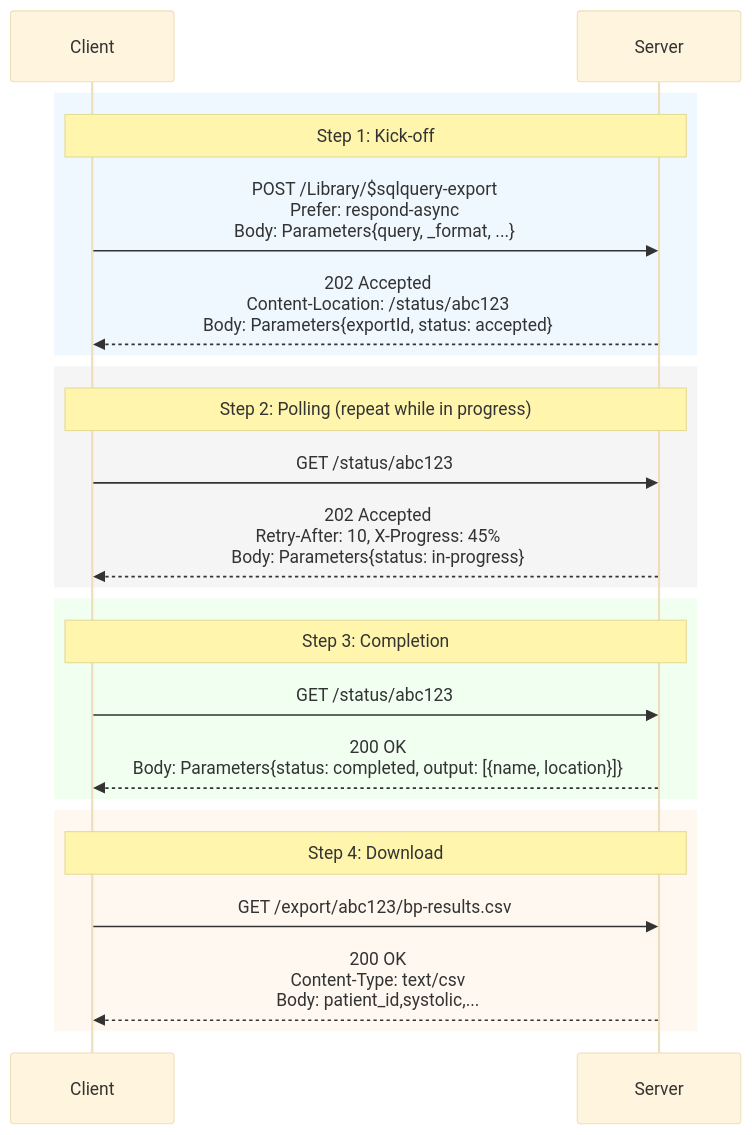
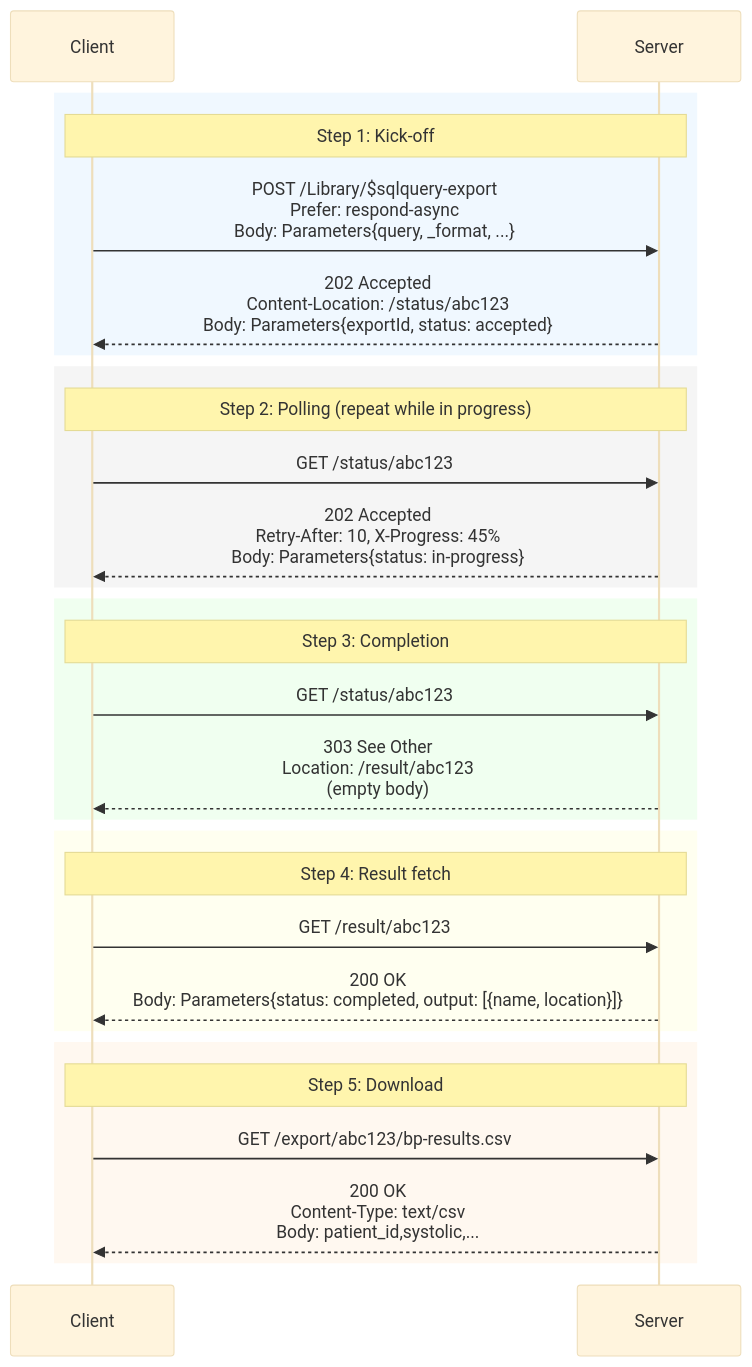
Before and after one commit to HL7/sql-on-fhir: the first of 3 diagrams in input/pagecontent/OperationDefinition-SQLQueryExport-notes.md, drawn with Mermaid (base theme). The commit also changed other lines of this file and 5 other files, not shown here.

````diff
--- a/input/pagecontent/OperationDefinition-SQLQueryExport-notes.md
+++ b/input/pagecontent/OperationDefinition-SQLQueryExport-notes.md
@@ -26,29 +21,35 @@
 ```mermaid
 sequenceDiagram
     participant C as Client
     participant S as Server
 
     rect rgb(240, 248, 255)
     Note over C,S: Step 1: Kick-off
     C->>S: POST /Library/$sqlquery-export<br/>Prefer: respond-async<br/>Body: Parameters{query, _format, ...}
     S-->>C: 202 Accepted<br/>Content-Location: /status/abc123<br/>Body: Parameters{exportId, status: accepted}
     end
 
     rect rgb(245, 245, 245)
     Note over C,S: Step 2: Polling (repeat while in progress)
     C->>S: GET /status/abc123
     S-->>C: 202 Accepted<br/>Retry-After: 10, X-Progress: 45%<br/>Body: Parameters{status: in-progress}
     end
 
     rect rgb(240, 255, 240)
     Note over C,S: Step 3: Completion
     C->>S: GET /status/abc123
+    S-->>C: 303 See Other<br/>Location: /result/abc123<br/>(empty body)
+    end
+
+    rect rgb(255, 255, 240)
+    Note over C,S: Step 4: Result fetch
+    C->>S: GET /result/abc123
     S-->>C: 200 OK<br/>Body: Parameters{status: completed, output: [{name, location}]}
     end
 
     rect rgb(255, 248, 240)
-    Note over C,S: Step 4: Download
+    Note over C,S: Step 5: Download
     C->>S: GET /export/abc123/bp-results.csv
     S-->>C: 200 OK<br/>Content-Type: text/csv<br/>Body: patient_id,systolic,...
     end
 ```
````
